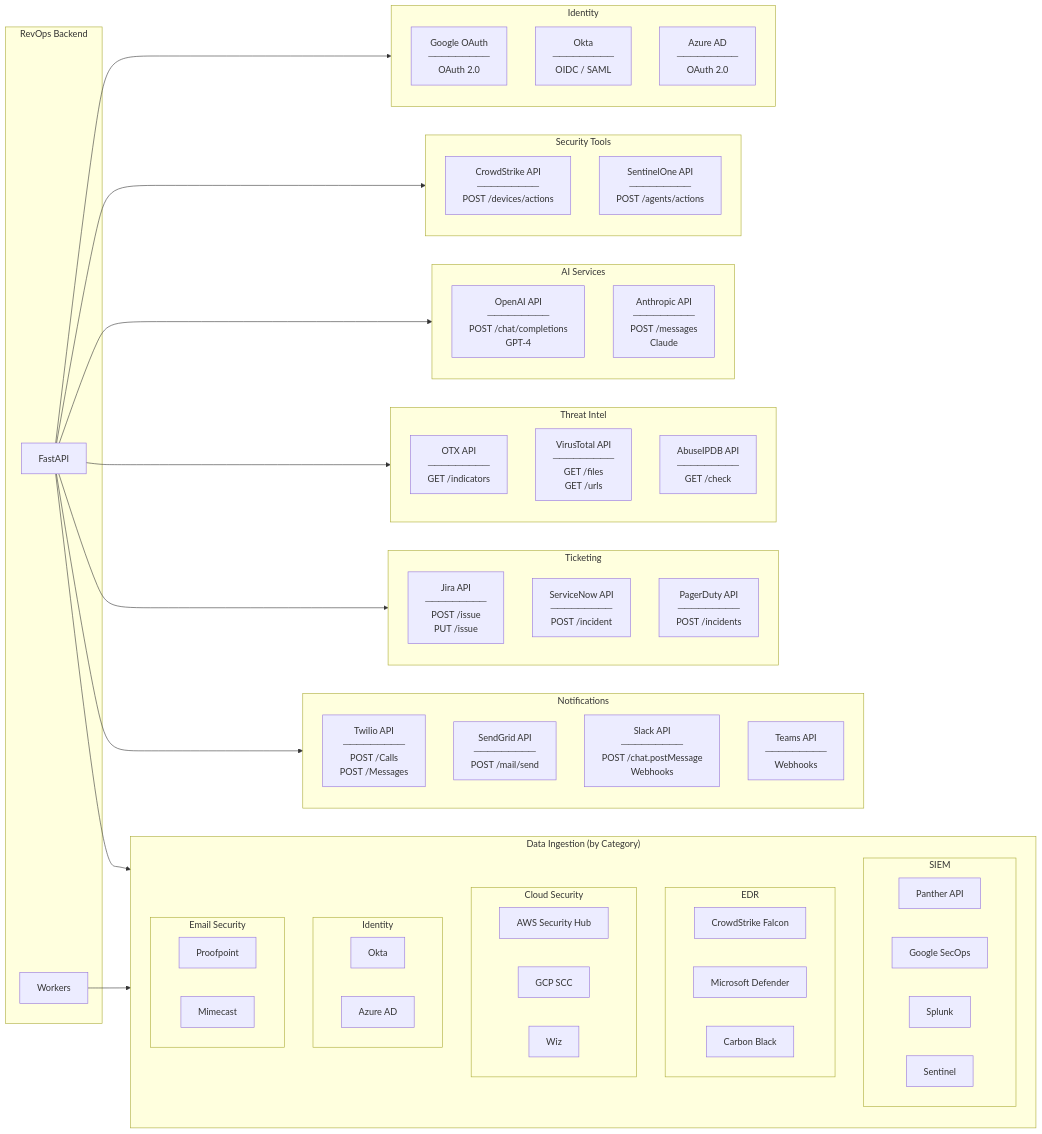
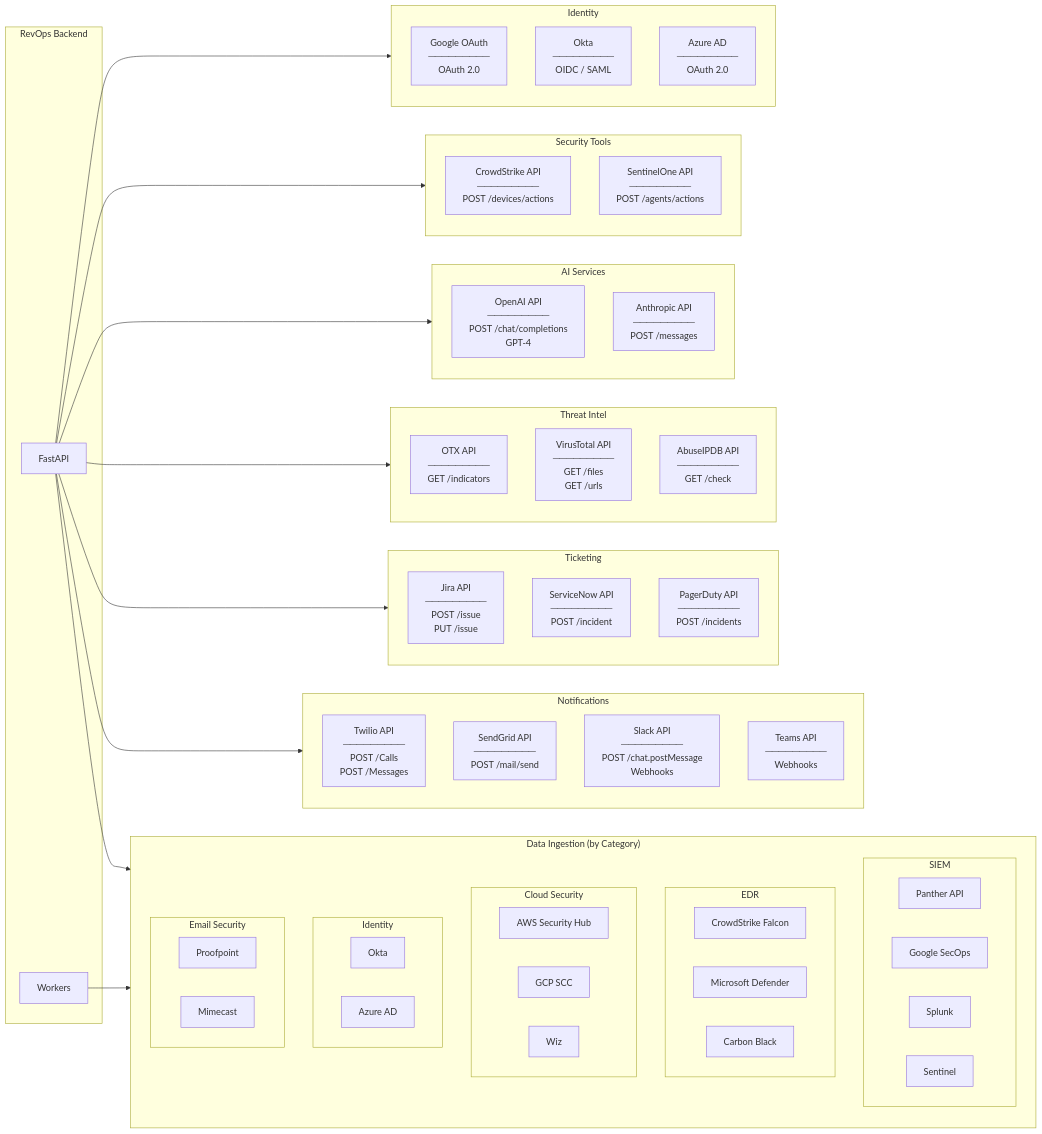
Before and after one commit to TachTech-Engineering/revops: the fourth of 4 diagrams in ARCHITECTURE-GCP.md, drawn with Mermaid. The commit also changed other lines of this file and 9 other files, not shown here.

First line of the commit message:
Remove Claude branding, use 'anthropic' as provider name

```diff
--- a/ARCHITECTURE-GCP.md
+++ b/ARCHITECTURE-GCP.md
@@ -362,7 +362,7 @@
     subgraph LLM["AI Services"]
         direction TB
         OpenAIAPI["OpenAI API<br/>─────────<br/>POST /chat/completions<br/>GPT-4"]
-        ClaudeAPI["Anthropic API<br/>─────────<br/>POST /messages<br/>Claude"]
+        AnthropicAPI["Anthropic API<br/>─────────<br/>POST /messages"]
     end
 
     subgraph Security["Security Tools"]
```
